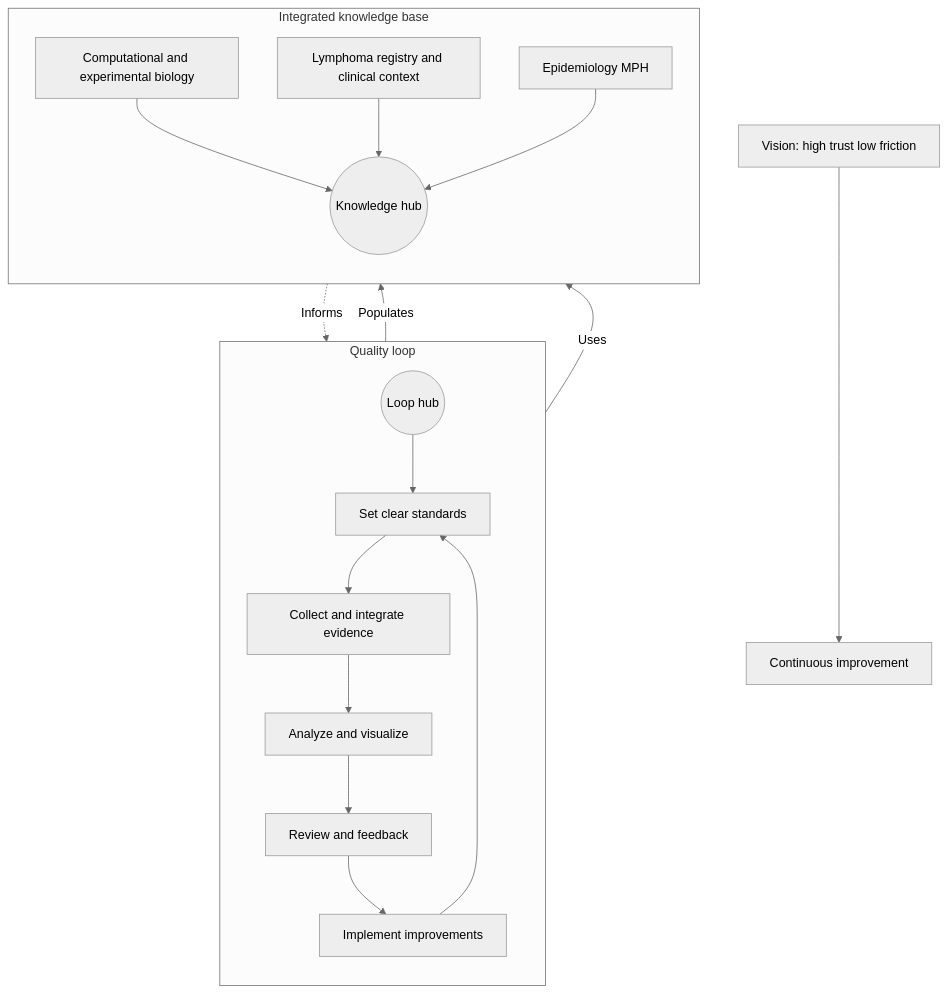
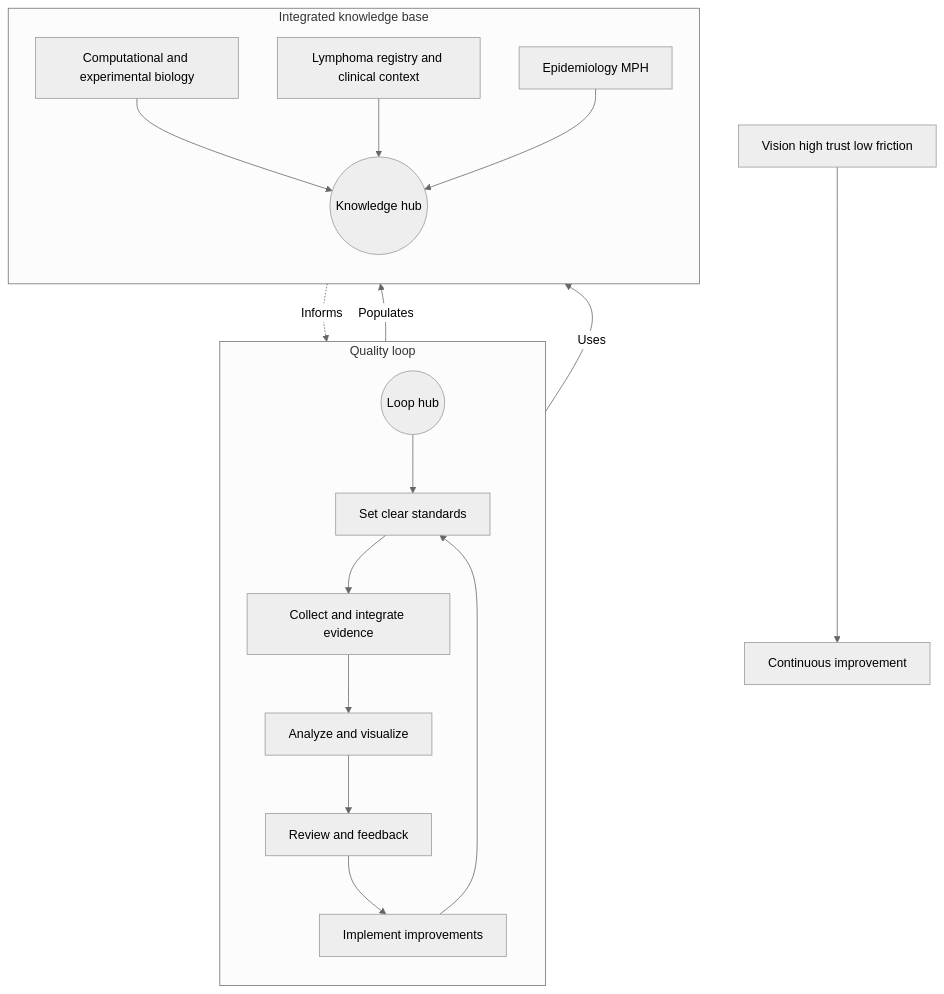
Before and after one commit to arshah18/arshah18.github.io: the diagram in index.md, drawn with Mermaid (neutral theme).

Commit message:
Home: render Mermaid flowchart via <div class='mermaid'>; ensure Mermaid loads

```diff
--- a/index.md
+++ b/index.md
@@ -74,31 +74,28 @@
 <div class="mermaid">
 flowchart TD
-  A["Vision: high trust low friction"] --> B["Continuous improvement"]
-
-  subgraph Q["Quality loop"]
-    direction TB
-    Q0((Loop hub))
-    S["Set clear standards"]
-    C["Collect and integrate evidence"]
-    V["Analyze and visualize"]
-    R["Review and feedback"]
-    I["Implement improvements"]
-    Q0 --> S
-    S --> C --> V --> R --> I --> S
-  end
-
-  subgraph K["Integrated knowledge base"]
-    direction TB
-    K0((Knowledge hub))
-    K1["Computational and experimental biology"]
-    K2["Lymphoma registry and clinical context"]
-    K3["Epidemiology MPH"]
-    K1 --> K0
-    K2 --> K0
-    K3 --> K0
-  end
-
-  C -->|Populates| K0
-  V -->|Uses| K0
-  K0 -.->|Informs| Q0
+A[Vision high trust low friction] --> B[Continuous improvement]
+subgraph Q[Quality loop]
+  direction TB
+  Q0((Loop hub))
+  S[Set clear standards]
+  C[Collect and integrate evidence]
+  V[Analyze and visualize]
+  R[Review and feedback]
+  I[Implement improvements]
+  Q0 --> S
+  S --> C --> V --> R --> I --> S
+end
+subgraph K[Integrated knowledge base]
+  direction TB
+  K0((Knowledge hub))
+  K1[Computational and experimental biology]
+  K2[Lymphoma registry and clinical context]
+  K3[Epidemiology MPH]
+  K1 --> K0
+  K2 --> K0
+  K3 --> K0
+end
+C -->|Populates| K0
+V -->|Uses| K0
+K0 -.->|Informs| Q0
 </div>
```
